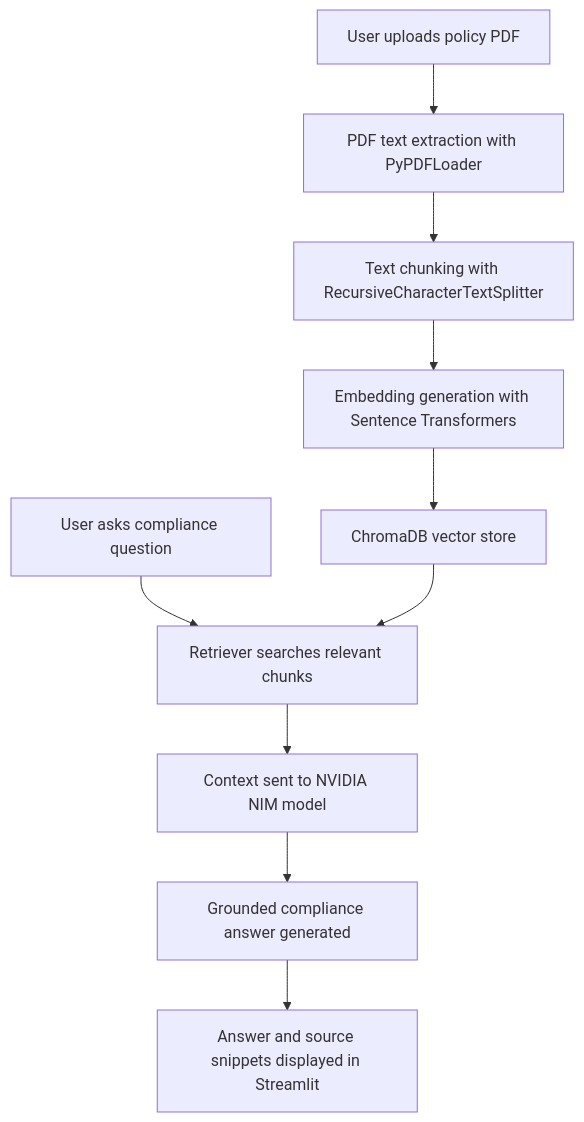
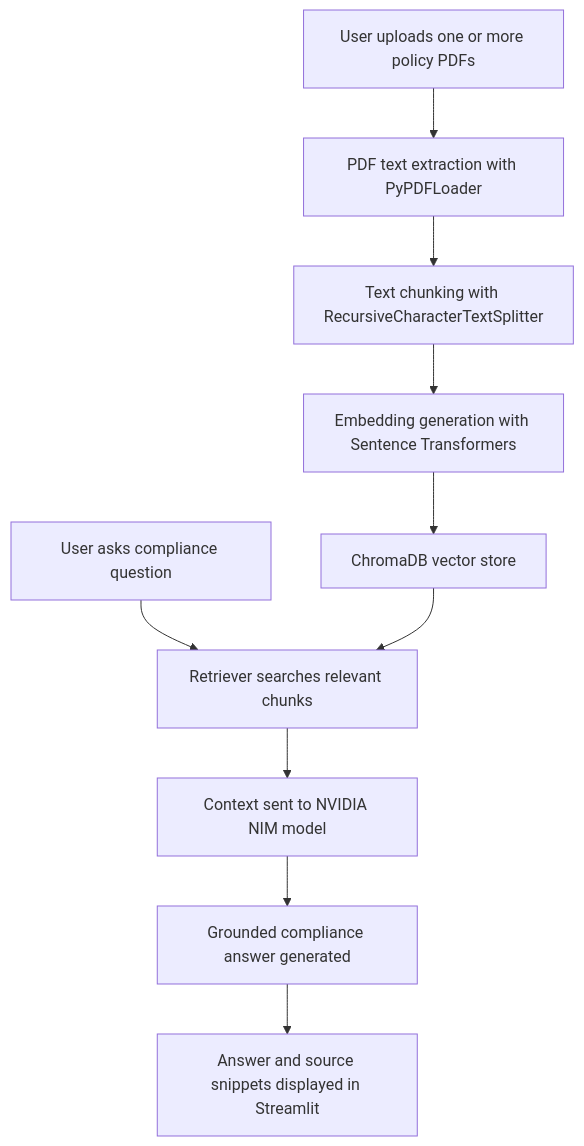
One commit to Busayosage/enterprise-policy-compliance-auditor changed the diagram in README.md. Above: the diagram before and after it, drawn with Mermaid. The commit also changed other lines of this file and 3 other files, not shown here.

````diff
--- a/README.md
+++ b/README.md
@@ -39,12 +39,12 @@
 ```mermaid
 flowchart TD
-    A[User uploads policy PDF] --> B[PDF text extraction with PyPDFLoader]
+    A[User uploads one or more policy PDFs] --> B[PDF text extraction with PyPDFLoader]
     B --> C[Text chunking with RecursiveCharacterTextSplitter]
     C --> D[Embedding generation with Sentence Transformers]
     D --> E[ChromaDB vector store]
     F[User asks compliance question] --> G[Retriever searches relevant chunks]
     E --> G
     G --> H[Context sent to NVIDIA NIM model]
     H --> I[Grounded compliance answer generated]
     I --> J[Answer and source snippets displayed in Streamlit]
 ```
````
